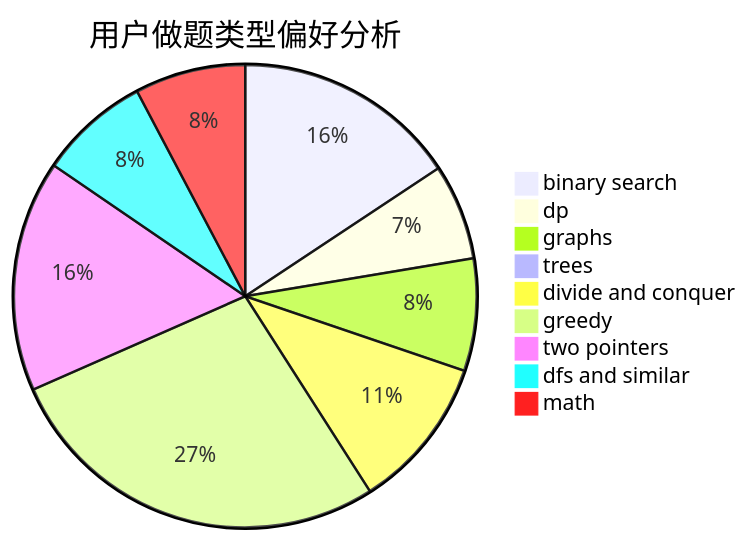
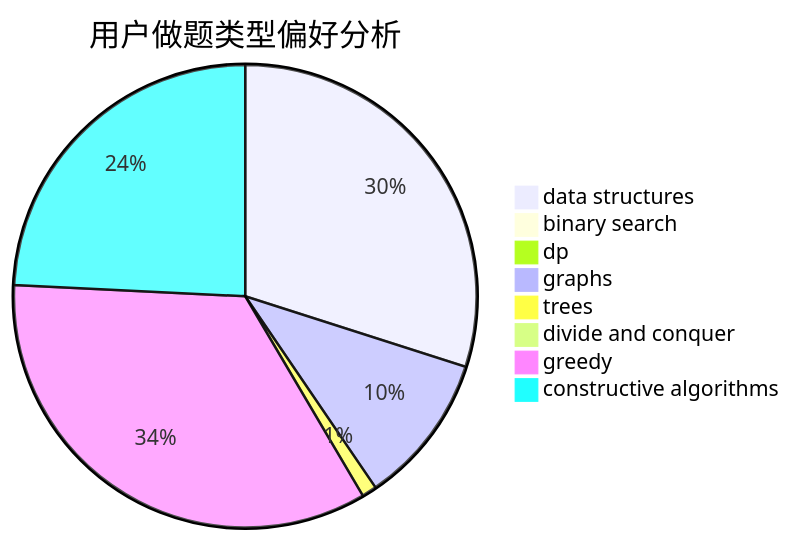
The second of 3 diagrams in docs/user/u927.md (sherpahu/cfrs.github.io), drawn with Mermaid before and after one commit. The commit also changed other lines of this file and 2775 other files, not shown here.

````diff
--- a/docs/user/u927.md
+++ b/docs/user/u927.md
@@ -23,12 +23,11 @@
 ```mermaid
 pie title 用户做题类型偏好分析
-    "binary search" :  136
-    "dp" :  58
-    "graphs" :  68
-    "trees" :  8
-    "divide and conquer" :  93
-    "greedy" :  238
-    "two pointers" :  140
-    "dfs and similar" :  67
-    "math" :  67
+    "data structures" :  173
+    "binary search" :  1
+    "dp" :  3
+    "graphs" :  61
+    "trees" :  6
+    "divide and conquer" :  4
+    "greedy" :  198
+    "constructive algorithms" :  140
 ```
````
